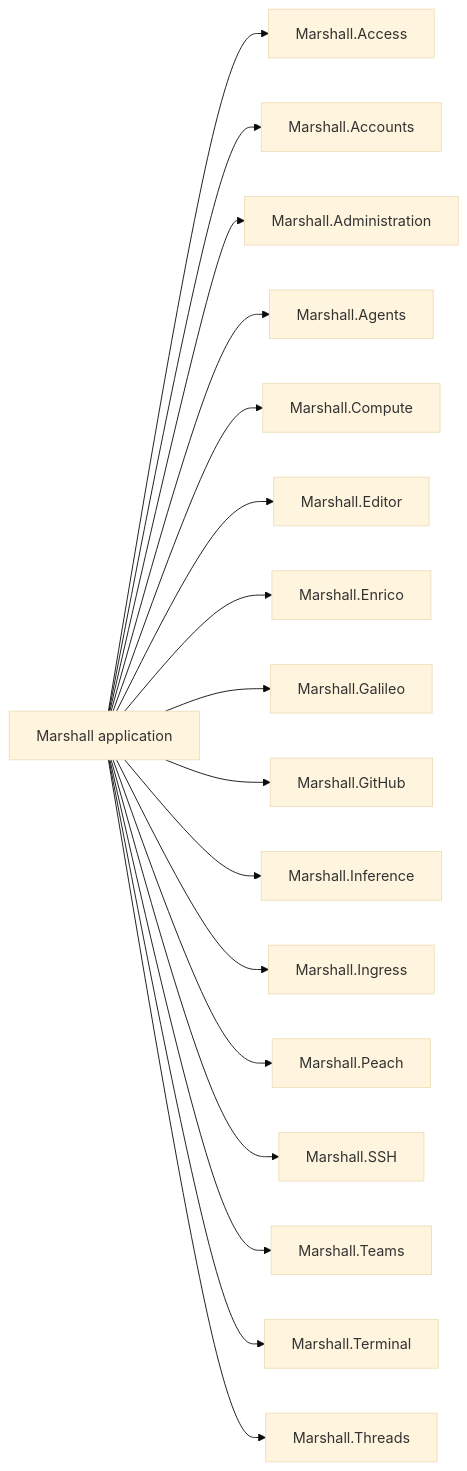
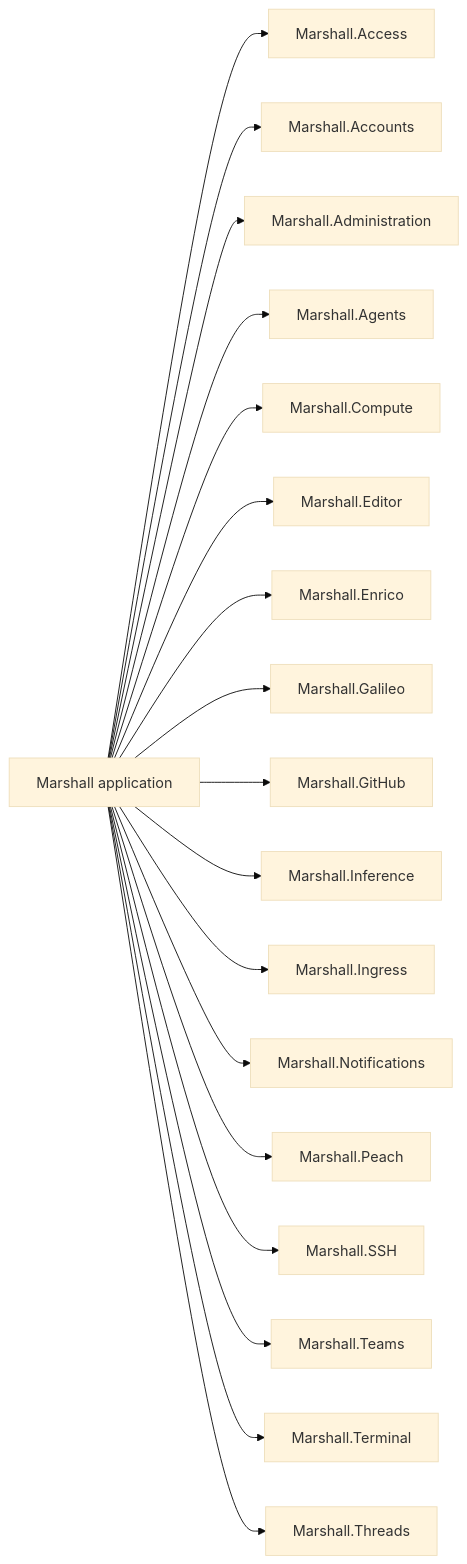
One commit to dlkeith-p-forks/overalls changed the fourth of 7 diagrams in marshall/priv/hldd/21-domains.md. Above: the diagram before and after it, drawn with Mermaid (base theme). The commit also changed other lines of this file and 430 other files, not shown here.

First line of the commit message:
Integrate Mila client commands, terminal attach, notifications and Susan

````diff
--- a/marshall/priv/hldd/21-domains.md
+++ b/marshall/priv/hldd/21-domains.md
@@ -135,20 +138,21 @@
 ```mermaid
 flowchart LR
   app["Marshall application"]
   app --> d0["Marshall.Access"]
   app --> d1["Marshall.Accounts"]
   app --> d2["Marshall.Administration"]
   app --> d3["Marshall.Agents"]
   app --> d4["Marshall.Compute"]
   app --> d5["Marshall.Editor"]
   app --> d6["Marshall.Enrico"]
   app --> d7["Marshall.Galileo"]
   app --> d8["Marshall.GitHub"]
   app --> d9["Marshall.Inference"]
   app --> d10["Marshall.Ingress"]
-  app --> d11["Marshall.Peach"]
-  app --> d12["Marshall.SSH"]
-  app --> d13["Marshall.Teams"]
-  app --> d14["Marshall.Terminal"]
-  app --> d15["Marshall.Threads"]
+  app --> d11["Marshall.Notifications"]
+  app --> d12["Marshall.Peach"]
+  app --> d13["Marshall.SSH"]
+  app --> d14["Marshall.Teams"]
+  app --> d15["Marshall.Terminal"]
+  app --> d16["Marshall.Threads"]
 ```
````
